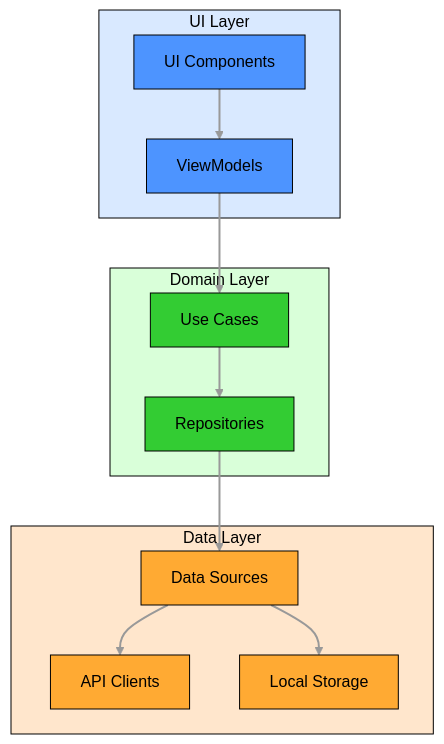
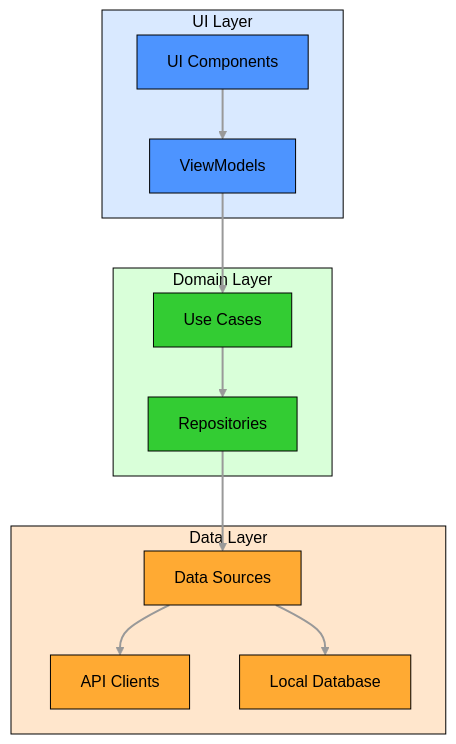
The first of 3 diagrams in docs/architecture/README.md (AI-SW-Maestro-OSS/crypto-book-android), drawn with Mermaid before and after one commit. The commit also changed other lines of this file, not shown here.

Commit message:
docs(architecture): clarify planned architecture docs

````diff
--- a/docs/architecture/README.md
+++ b/docs/architecture/README.md
@@ -43,41 +45,41 @@
 ```mermaid
 graph TD
     subgraph UI[UI Layer]
         UI_COMPONENTS[UI Components]
         VIEW_MODEL[ViewModels]
     end
 
     subgraph DOMAIN["Domain Layer"]
         USE_CASE[Use Cases]
         REPO[Repositories]
     end
 
     subgraph DATA[Data Layer]
         DATA_SOURCE[Data Sources]
         API[API Clients]
-        LOCAL[Local Storage]
+        DB[Local Database]
     end
 
     UI_COMPONENTS --> VIEW_MODEL
     VIEW_MODEL --> USE_CASE
     USE_CASE --> REPO
     REPO --> DATA_SOURCE
     DATA_SOURCE --> API
-    DATA_SOURCE --> LOCAL
+    DATA_SOURCE --> DB
 
     classDef ui_layer fill:#d9e9ff,stroke:#000000,color:#000000
     classDef ui_class fill:#4d94ff,stroke:#000000,color:#000000
     classDef domain_layer fill:#d9ffd9,stroke:#000000,color:#000000
     classDef domain_class fill:#33cc33,stroke:#000000,color:#000000
     classDef data_layer fill:#ffe6cc,stroke:#000000,color:#000000
     classDef data_class fill:#ffaa33,stroke:#000000,color:#000000
-
+    
     linkStyle default stroke:#999,stroke-width:2px
 
     class UI ui_layer
     class UI_COMPONENTS,VIEW_MODEL ui_class
     class DOMAIN domain_layer
     class USE_CASE,REPO domain_class
     class DATA data_layer
-    class DATA_SOURCE,API,LOCAL data_class
+    class DATA_SOURCE,API,DB data_class
 ```
````
